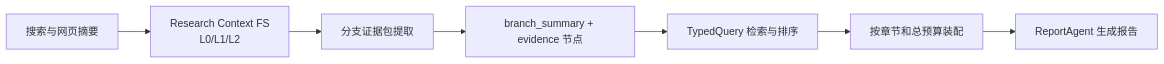
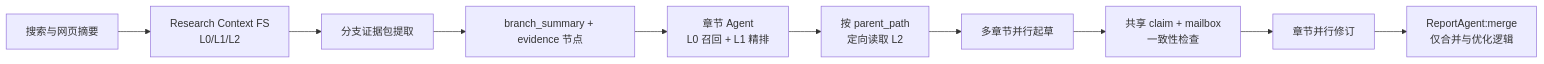
The diagram in docs/research-context-fs-implementation-summary.md (haotangyuan/deep-research), drawn with Mermaid before and after one commit. The commit also changed other lines of this file and 20 other files, not shown here.

````diff
--- a/docs/research-context-fs-implementation-summary.md
+++ b/docs/research-context-fs-implementation-summary.md
@@ -127,9 +138,12 @@
 ```mermaid
 flowchart LR
     Search["搜索与网页摘要"] --> ContextFS["Research Context FS<br/>L0/L1/L2"]
     ContextFS --> Compress["分支证据包提取"]
     Compress --> Evidence["branch_summary + evidence 节点"]
-    Evidence --> Retrieve["TypedQuery 检索与排序"]
-    Retrieve --> Budget["按章节和总预算装配"]
-    Budget --> Report["ReportAgent 生成报告"]
+    Evidence --> Retrieve["章节 Agent<br/>L0 召回 + L1 精排"]
+    Retrieve --> Raw["按 parent_path<br/>定向读取 L2"]
+    Raw --> Draft["多章节并行起草"]
+    Draft --> Exchange["共享 claim + mailbox<br/>一致性检查"]
+    Exchange --> Revise["章节并行修订"]
+    Revise --> Report["ReportAgent:merge<br/>仅合并与优化逻辑"]
 ```
````
